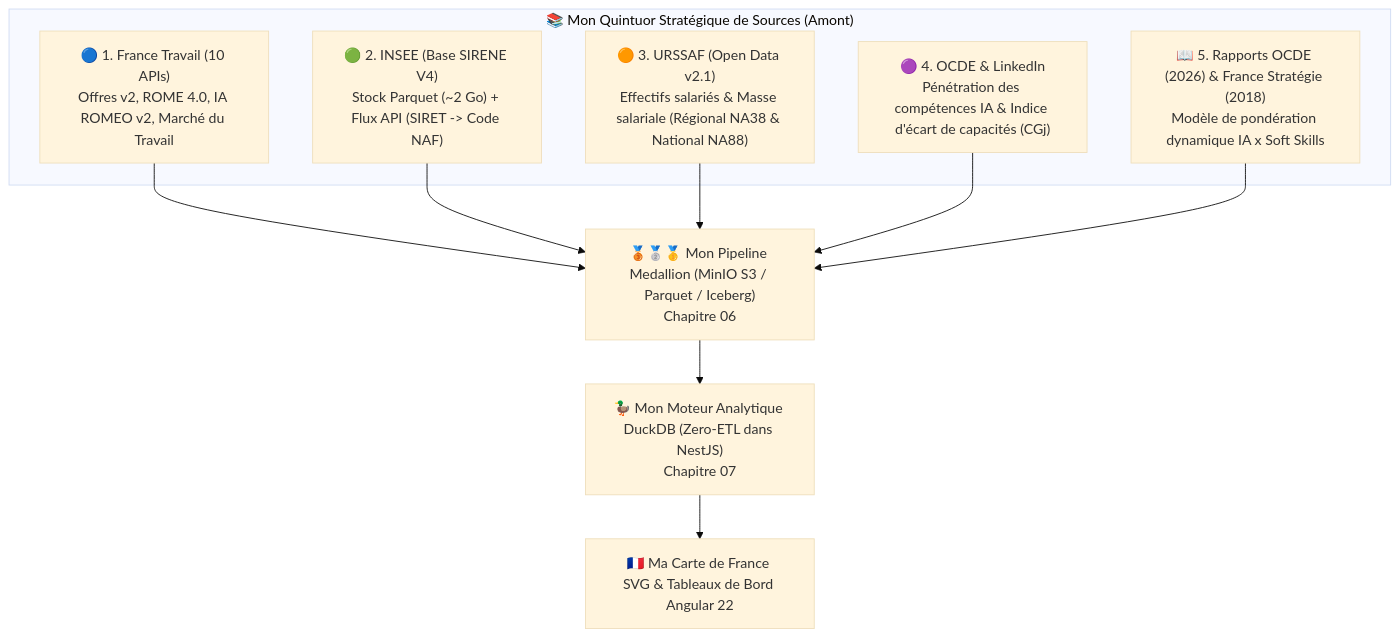
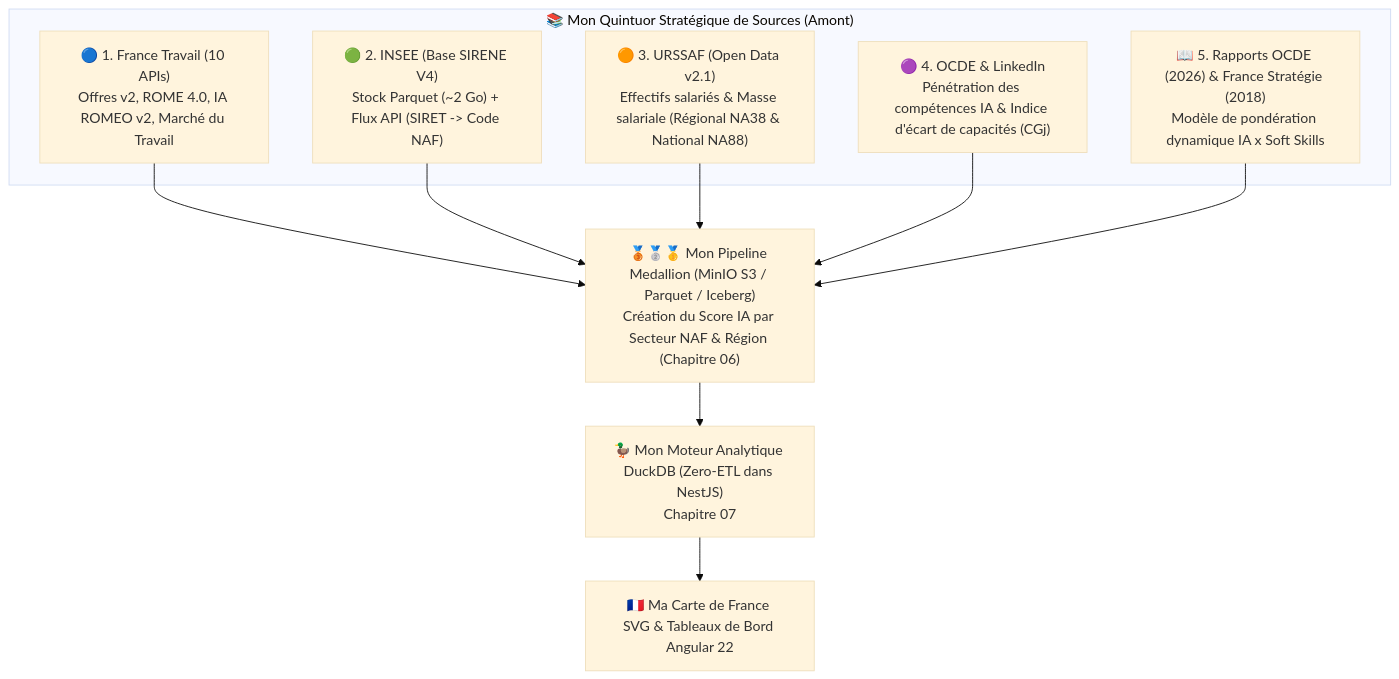
The diagram in docs/lakehouse/01.guide_etape_par_etape.md (Anon31/data-skills-radar-docs), drawn with Mermaid (base theme) before and after one commit. The commit also changed other lines of this file and 7 other files, not shown here.

````diff
--- a/docs/lakehouse/01.guide_etape_par_etape.md
+++ b/docs/lakehouse/01.guide_etape_par_etape.md
@@ -11,16 +11,16 @@
 ```mermaid
 flowchart TD
     subgraph QUINTUOR["📚 Mon Quintuor Stratégique de Sources (Amont)"]
         S1["🔵 1. France Travail (10 APIs)<br/>Offres v2, ROME 4.0, IA ROMEO v2, Marché du Travail"]
         S2["🟢 2. INSEE (Base SIRENE V4)<br/>Stock Parquet (~2 Go) + Flux API (SIRET -> Code NAF)"]
         S3["🟠 3. URSSAF (Open Data v2.1)<br/>Effectifs salariés & Masse salariale (Régional NA38 & National NA88)"]
         S4["🟣 4. OCDE & LinkedIn<br/>Pénétration des compétences IA & Indice d'écart de capacités (CGj)"]
         S5["📖 5. Rapports OCDE (2026) & France Stratégie (2018)<br/>Modèle de pondération dynamique IA x Soft Skills"]
     end
 
-    LAKE["🥉🥈🥇 Mon Pipeline Medallion (MinIO S3 / Parquet / Iceberg)<br/>Chapitre 06"]
+    LAKE["🥉🥈🥇 Mon Pipeline Medallion (MinIO S3 / Parquet / Iceberg)<br/>Création du Score IA par Secteur NAF & Région (Chapitre 06)"]
     DUCK["🦆 Mon Moteur Analytique DuckDB (Zero-ETL dans NestJS)<br/>Chapitre 07"]
     UI["🇫🇷 Ma Carte de France SVG & Tableaux de Bord Angular 22"]
 
     S1 & S2 & S3 & S4 & S5 --> LAKE --> DUCK --> UI
 ```
````
